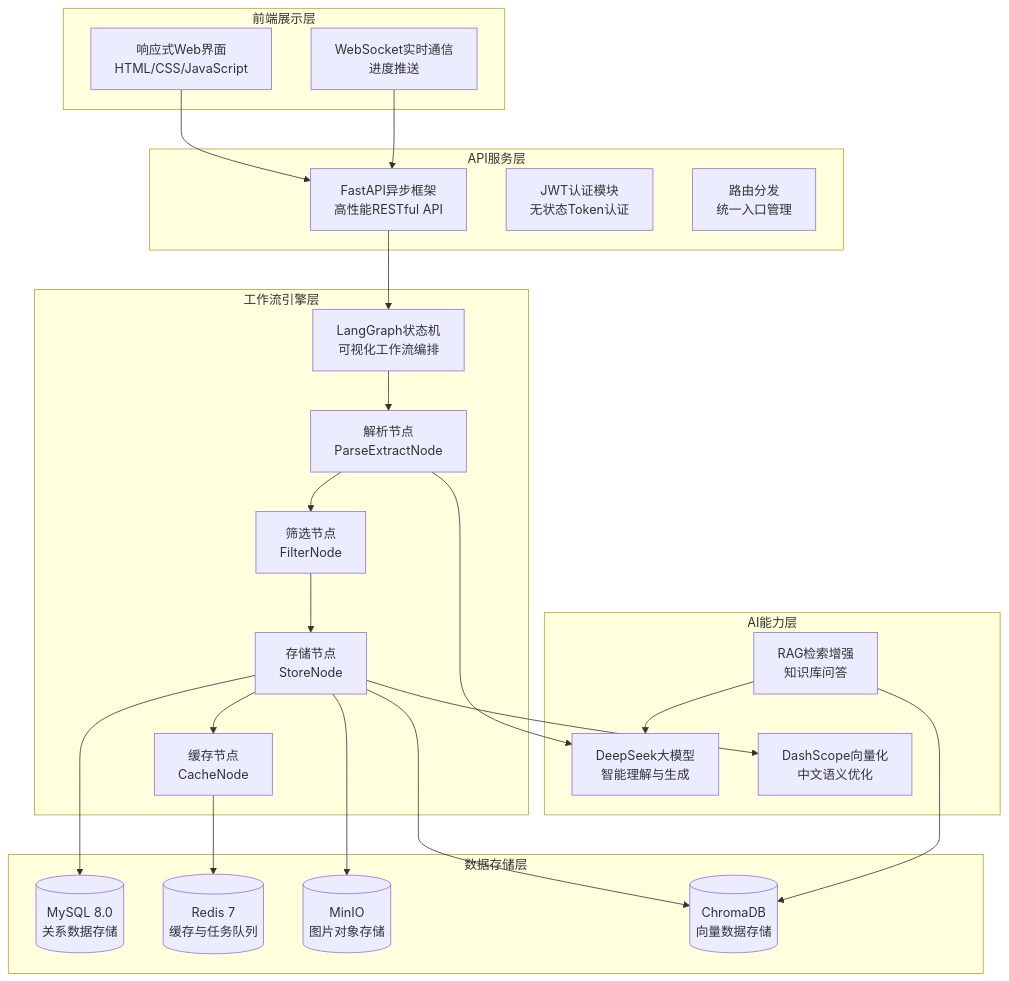
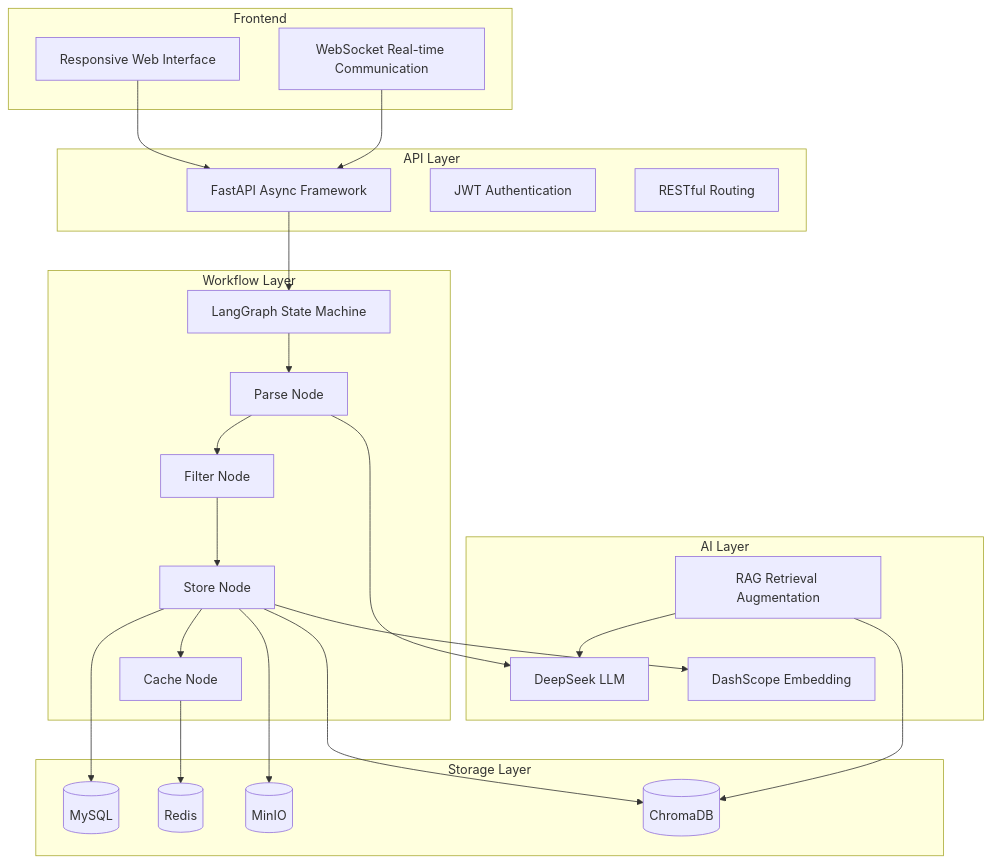
Before and after one commit to xt765/ResumeScreening: the second of 6 diagrams in README.md, drawn with Mermaid. The commit also changed other lines of this file and 7 other files, not shown here.

````diff
--- a/README.md
+++ b/README.md
@@ -80,47 +75,47 @@
 ```mermaid
 graph TB
-    subgraph 前端层["前端展示层"]
-        UI[响应式Web界面<br/>HTML/CSS/JavaScript]
-        WS[WebSocket实时通信<br/>进度推送]
+    subgraph Frontend
+        UI[Responsive Web Interface]
+        WS[WebSocket Real-time Communication]
     end
-  
-    subgraph API层["API服务层"]
-        FastAPI[FastAPI异步框架<br/>高性能RESTful API]
-        Auth[JWT认证模块<br/>无状态Token认证]
-        Route[路由分发<br/>统一入口管理]
+    
+    subgraph API Layer
+        FastAPI[FastAPI Async Framework]
+        Auth[JWT Authentication]
+        Route[RESTful Routing]
     end
-  
-    subgraph 工作流层["工作流引擎层"]
-        LG[LangGraph状态机<br/>可视化工作流编排]
-        Node1[解析节点<br/>ParseExtractNode]
-        Node2[筛选节点<br/>FilterNode]
-        Node3[存储节点<br/>StoreNode]
-        Node4[缓存节点<br/>CacheNode]
+    
+    subgraph Workflow Layer
+        LG[LangGraph State Machine]
+        Node1[Parse Node]
+        Node2[Filter Node]
+        Node3[Store Node]
+        Node4[Cache Node]
     end
-  
-    subgraph AI层["AI能力层"]
-        LLM[DeepSeek大模型<br/>智能理解与生成]
-        EMB[DashScope向量化<br/>中文语义优化]
-        RAG[RAG检索增强<br/>知识库问答]
+    
+    subgraph AI Layer
+        LLM[DeepSeek LLM]
+        EMB[DashScope Embedding]
+        RAG[RAG Retrieval Augmentation]
     end
-  
-    subgraph 存储层["数据存储层"]
-        MySQL[(MySQL 8.0<br/>关系数据存储)]
-        Redis[(Redis 7<br/>缓存与任务队列)]
-        MinIO[(MinIO<br/>图片对象存储)]
-        Chroma[(ChromaDB<br/>向量数据存储)]
+    
+    subgraph Storage Layer
+        MySQL[(MySQL)]
+        Redis[(Redis)]
+        MinIO[(MinIO)]
+        Chroma[(ChromaDB)]
     end
-  
+    
     UI --> FastAPI
     WS --> FastAPI
     FastAPI --> LG
     LG --> Node1 --> Node2 --> Node3 --> Node4
     Node1 --> LLM
     Node3 --> EMB
     Node3 --> MySQL
     Node3 --> MinIO
     Node3 --> Chroma
     Node4 --> Redis
     RAG --> LLM
     RAG --> Chroma
 ```
````
